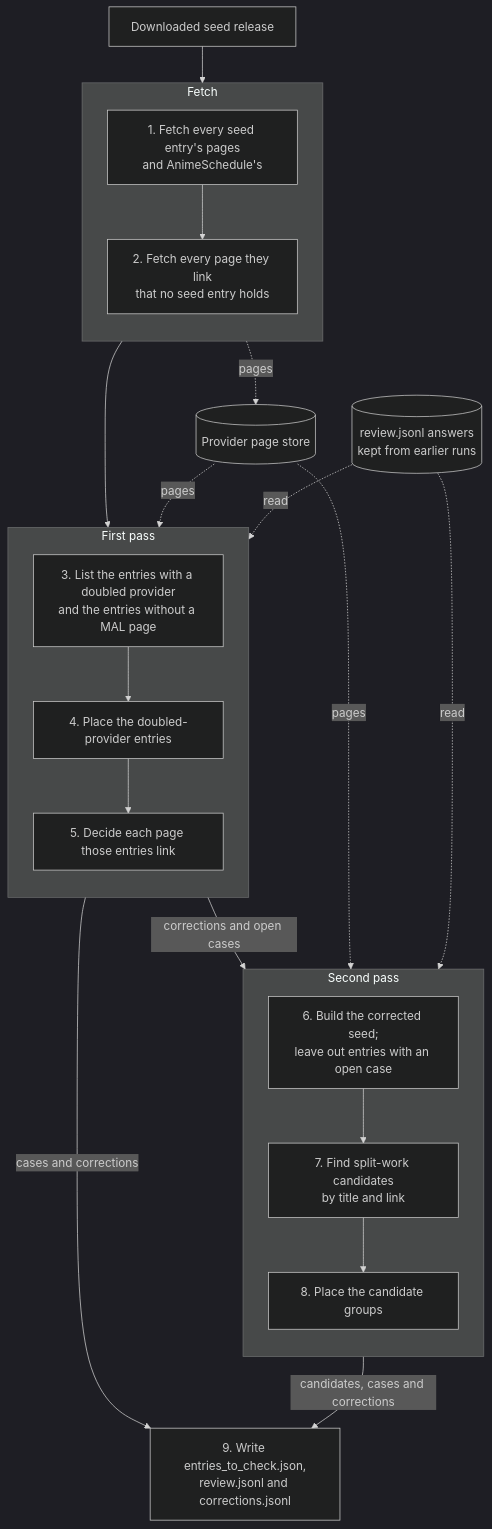
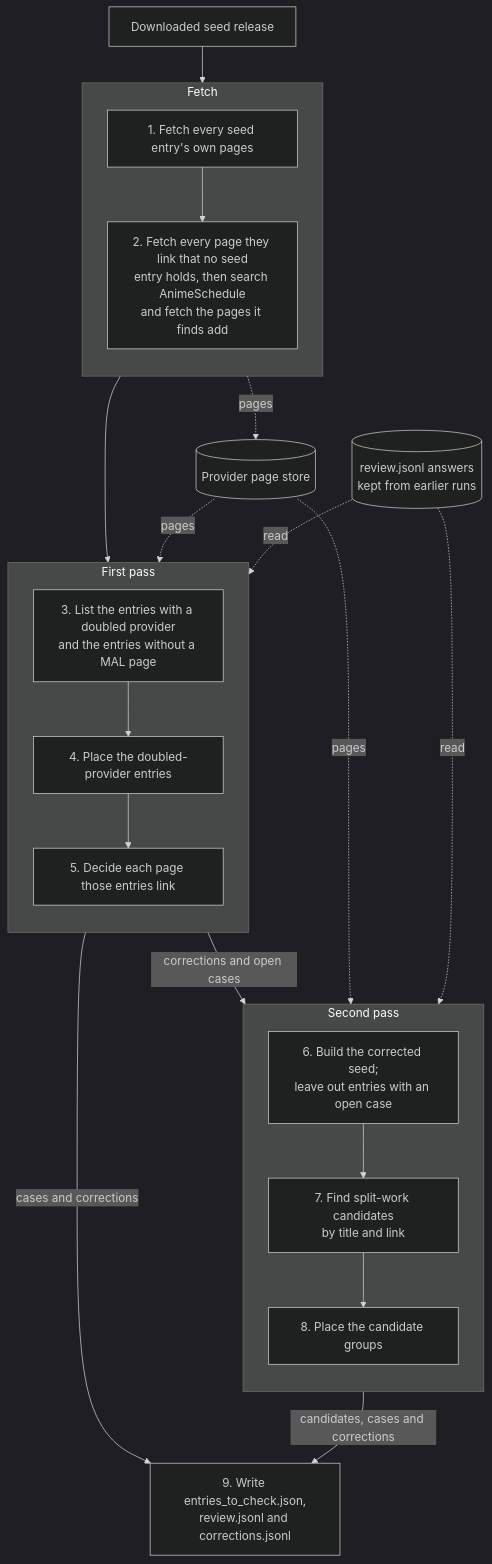
Before and after one commit to adnanaq/echora: the first of 2 diagrams in libs/seed_cleaning/README.md, drawn with Mermaid (dark theme). The commit also changed other lines of this file and 8 other files, not shown here.

````diff
--- a/libs/seed_cleaning/README.md
+++ b/libs/seed_cleaning/README.md
@@ -59,40 +59,40 @@
 ```mermaid
 flowchart TD
     seed[Downloaded seed release]
     store[(Provider page store)]
     answers[(review.jsonl answers<br/>kept from earlier runs)]
 
     subgraph fetch[Fetch]
         direction TB
-        fetch_seed[1. Fetch every seed entry's pages<br/>and AnimeSchedule's]
-        fetch_linked[2. Fetch every page they link<br/>that no seed entry holds]
+        fetch_seed[1. Fetch every seed entry's own pages]
+        fetch_linked[2. Fetch every page they link that no seed<br/>entry holds, then search AnimeSchedule<br/>and fetch the pages it finds add]
         fetch_seed --> fetch_linked
     end
 
     subgraph first[First pass]
         direction TB
         list[3. List the entries with a doubled provider<br/>and the entries without a MAL page]
         doubled[4. Place the doubled-provider entries]
         decide[5. Decide each page those entries link]
         list --> doubled --> decide
     end
 
     subgraph second[Second pass]
         direction TB
         corrected[6. Build the corrected seed;<br/>leave out entries with an open case]
         candidates[7. Find split-work candidates<br/>by title and link]
         split[8. Place the candidate groups]
         corrected --> candidates --> split
     end
 
     seed --> fetch --> first
     first -- corrections and open cases --> second
     fetch -. pages .-> store
     store -. pages .-> first
     store -. pages .-> second
     answers -. read .-> first
     answers -. read .-> second
     first -- cases and corrections --> write
     second -- candidates, cases and corrections --> write
     write[9. Write entries_to_check.json,<br/>review.jsonl and corrections.jsonl]
 ```
````
